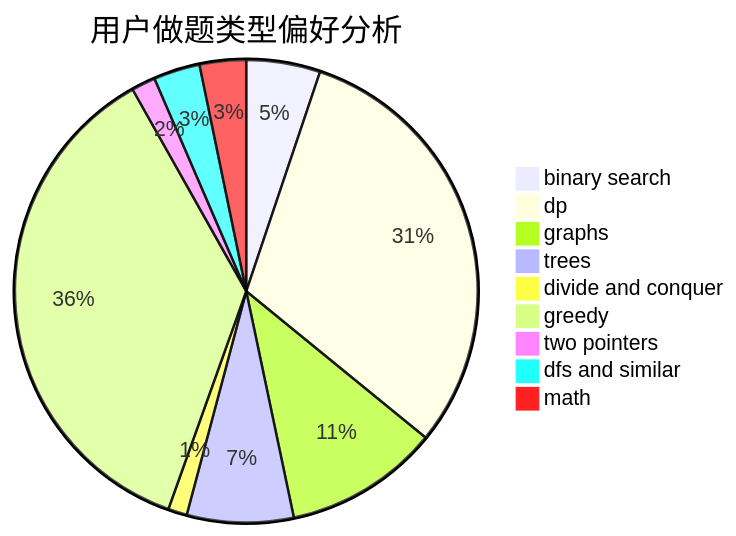
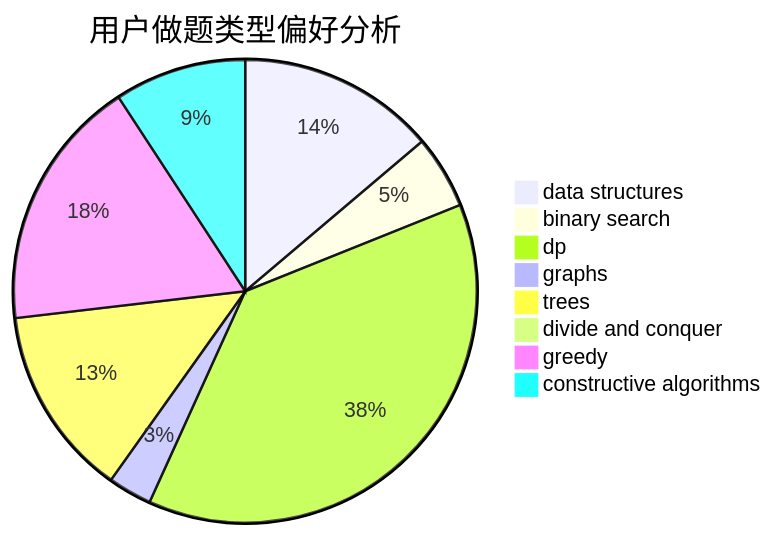
The second of 3 diagrams in docs/user/u982.md (sherpahu/cfrs.github.io), drawn with Mermaid before and after one commit. The commit also changed other lines of this file and 2775 other files, not shown here.

````diff
--- a/docs/user/u982.md
+++ b/docs/user/u982.md
@@ -23,12 +23,11 @@
 ```mermaid
 pie title 用户做题类型偏好分析
-    "binary search" :  43
-    "dp" :  256
-    "graphs" :  90
-    "trees" :  62
-    "divide and conquer" :  11
-    "greedy" :  303
-    "two pointers" :  14
-    "dfs and similar" :  27
-    "math" :  27
+    "data structures" :  54
+    "binary search" :  20
+    "dp" :  148
+    "graphs" :  12
+    "trees" :  52
+    "divide and conquer" :  1
+    "greedy" :  69
+    "constructive algorithms" :  36
 ```
````
